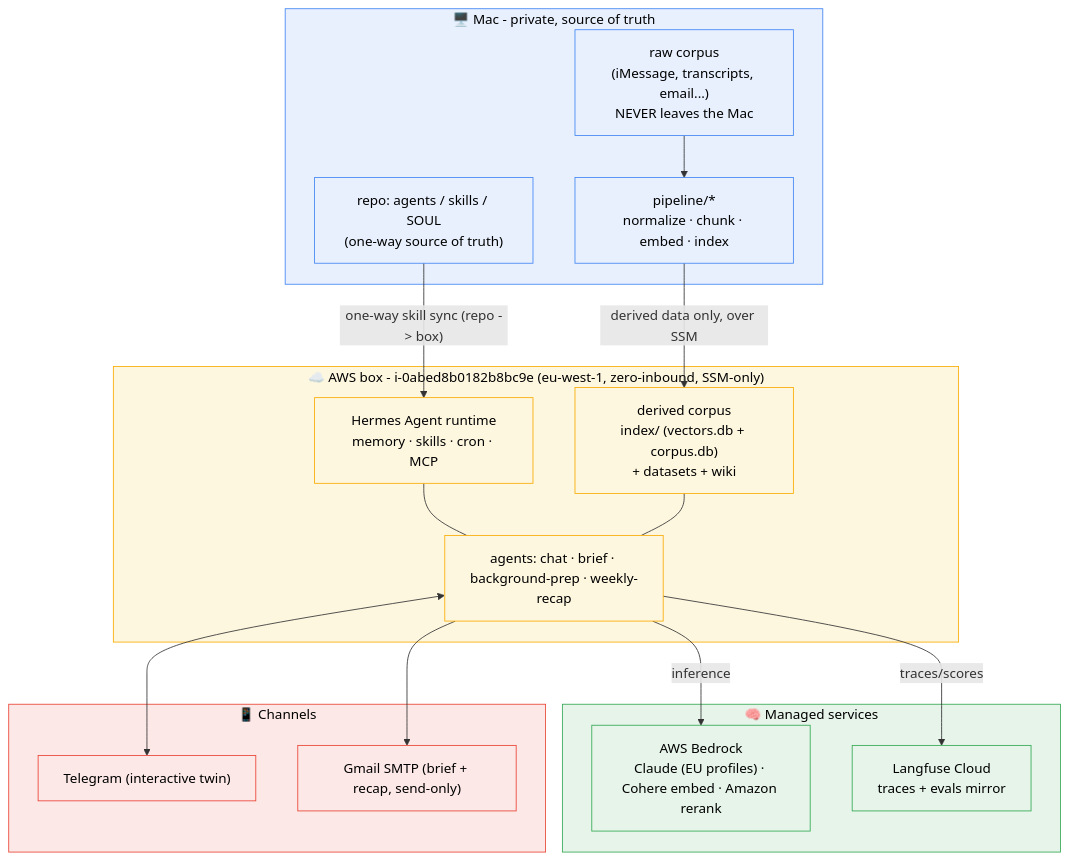
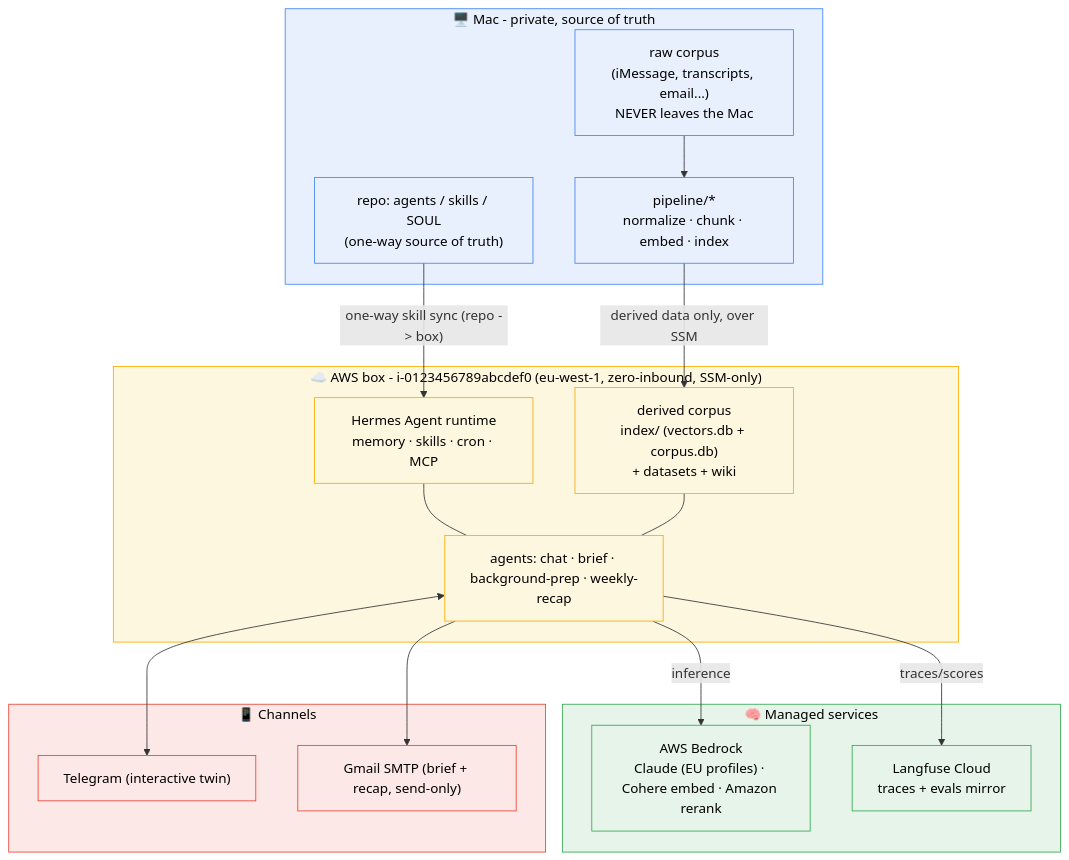
The first of 6 diagrams in docs/architecture-map.md (danielpuri1901/twin-mind), drawn with Mermaid before and after one commit. The commit also changed other lines of this file and 21 other files, not shown here.

````diff
--- a/docs/architecture-map.md
+++ b/docs/architecture-map.md
@@ -14,43 +14,43 @@
 ```mermaid
 flowchart TB
     subgraph MAC["🖥️ Mac - private, source of truth"]
         RAW["raw corpus<br/>(iMessage, transcripts, email...)<br/>NEVER leaves the Mac"]
         PREP["pipeline/*<br/>normalize · chunk · embed · index"]
         REPO["repo: agents / skills / SOUL<br/>(one-way source of truth)"]
         RAW --> PREP
     end
 
-    subgraph BOX["☁️ AWS box - i-0abed8b0182b8bc9e (eu-west-1, zero-inbound, SSM-only)"]
+    subgraph BOX["☁️ AWS box - i-0123456789abcdef0 (eu-west-1, zero-inbound, SSM-only)"]
         HERMES["Hermes Agent runtime<br/>memory · skills · cron · MCP"]
         DERIVED["derived corpus<br/>index/ (vectors.db + corpus.db)<br/>+ datasets + wiki"]
         AGENTS["agents: chat · brief · background-prep · weekly-recap"]
         HERMES --- AGENTS
         DERIVED --- AGENTS
     end
 
     subgraph CLOUD["🧠 Managed services"]
         BEDROCK["AWS Bedrock<br/>Claude (EU profiles) · Cohere embed · Amazon rerank"]
         LANGFUSE["Langfuse Cloud<br/>traces + evals mirror"]
     end
 
     subgraph CHAN["📱 Channels"]
         TG["Telegram (interactive twin)"]
         GMAIL["Gmail SMTP (brief + recap, send-only)"]
     end
 
     PREP -->|"derived data only, over SSM"| DERIVED
     REPO -->|"one-way skill sync (repo -> box)"| HERMES
     AGENTS -->|inference| BEDROCK
     AGENTS -->|traces/scores| LANGFUSE
     AGENTS <--> TG
     AGENTS --> GMAIL
 
     classDef mac fill:#e8f0fe,stroke:#4285f4,color:#000
     classDef box fill:#fef7e0,stroke:#f9ab00,color:#000
     classDef cloud fill:#e6f4ea,stroke:#34a853,color:#000
     classDef chan fill:#fce8e6,stroke:#ea4335,color:#000
     class MAC,RAW,PREP,REPO mac
     class BOX,HERMES,DERIVED,AGENTS box
     class CLOUD,BEDROCK,LANGFUSE cloud
     class CHAN,TG,GMAIL chan
 ```
````
